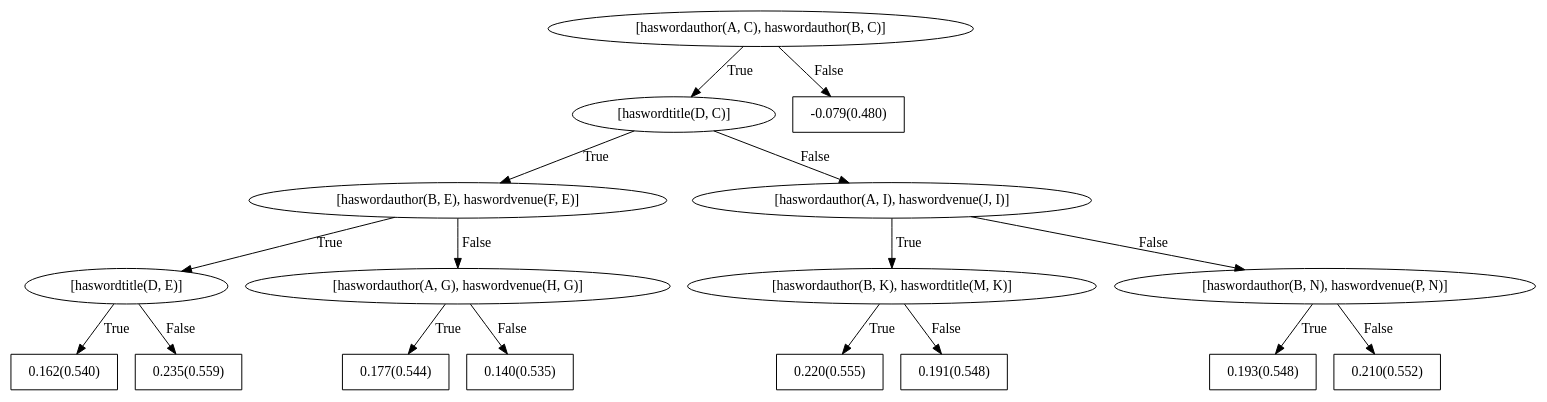
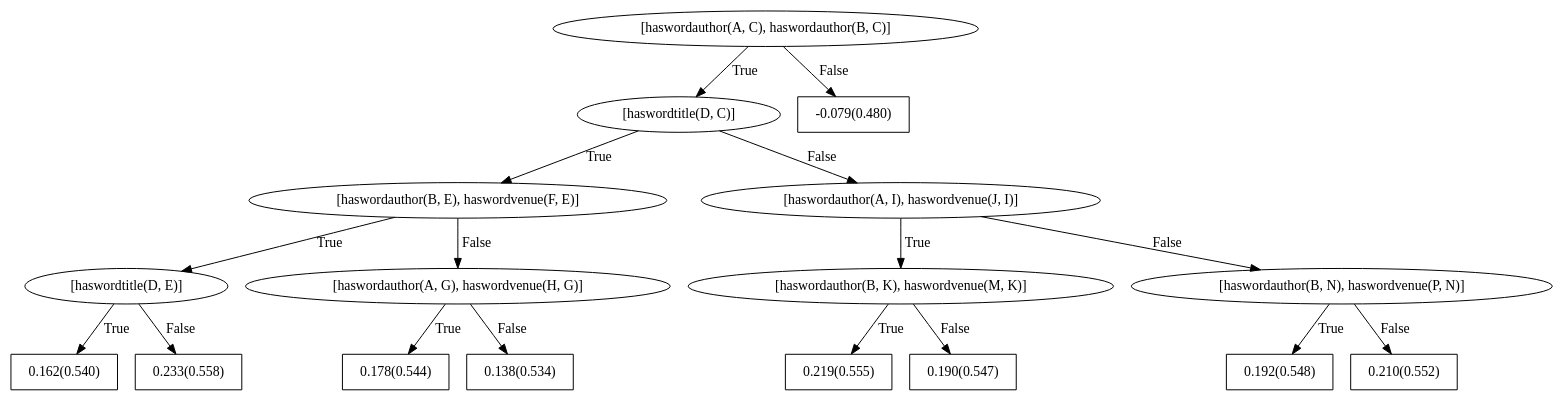
One commit to hayesall/Walk-ER changed the diagram in datasets/Cora/train/models/bRDNs/dotFiles/WILLTreeFor_sameauthor6.dot. Above: the diagram before and after it, drawn with Graphviz. The commit also changed 71 other files, not shown here.

Commit message:
mode_comparator worked for Cora, I do not think WebKB is significant since the graph is so small.

```diff
--- a/datasets/Cora/train/models/bRDNs/dotFiles/WILLTreeFor_sameauthor6.dot
+++ b/datasets/Cora/train/models/bRDNs/dotFiles/WILLTreeFor_sameauthor6.dot
@@ -1,35 +1,35 @@
 digraph G{ 
 1[label = "[haswordauthor(A, C), haswordauthor(B, C)]"];
 1 -> 2[label="True"];
 1 -> 3[label="False"];
 2[label = "[haswordtitle(D, C)]"];
 2 -> 4[label="True"];
 2 -> 5[label="False"];
 4[label = "[haswordauthor(B, E), haswordvenue(F, E)]"];
 4 -> 6[label="True"];
 4 -> 7[label="False"];
 6[label = "[haswordtitle(D, E)]"];
 6 -> 8[label="True"];
 6 -> 9[label="False"];
 8[shape = box,label = "0.162(0.540)"];
-9[shape = box,label = "0.235(0.559)"];
+9[shape = box,label = "0.233(0.558)"];
 7[label = "[haswordauthor(A, G), haswordvenue(H, G)]"];
 7 -> 10[label="True"];
 7 -> 11[label="False"];
-10[shape = box,label = "0.177(0.544)"];
-11[shape = box,label = "0.140(0.535)"];
+10[shape = box,label = "0.178(0.544)"];
+11[shape = box,label = "0.138(0.534)"];
 5[label = "[haswordauthor(A, I), haswordvenue(J, I)]"];
 5 -> 12[label="True"];
 5 -> 13[label="False"];
-12[label = "[haswordauthor(B, K), haswordtitle(M, K)]"];
+12[label = "[haswordauthor(B, K), haswordvenue(M, K)]"];
 12 -> 14[label="True"];
 12 -> 15[label="False"];
-14[shape = box,label = "0.220(0.555)"];
-15[shape = box,label = "0.191(0.548)"];
+14[shape = box,label = "0.219(0.555)"];
+15[shape = box,label = "0.190(0.547)"];
 13[label = "[haswordauthor(B, N), haswordvenue(P, N)]"];
 13 -> 16[label="True"];
 13 -> 17[label="False"];
-16[shape = box,label = "0.193(0.548)"];
+16[shape = box,label = "0.192(0.548)"];
 17[shape = box,label = "0.210(0.552)"];
 3[shape = box,label = "-0.079(0.480)"];
 }
```
